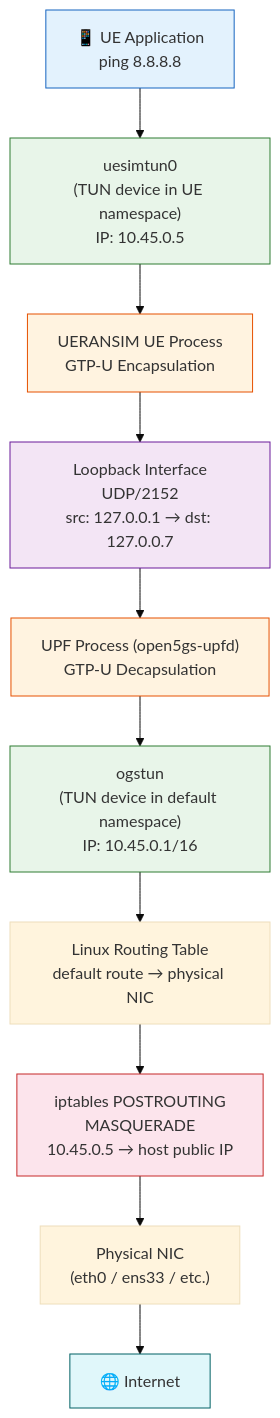
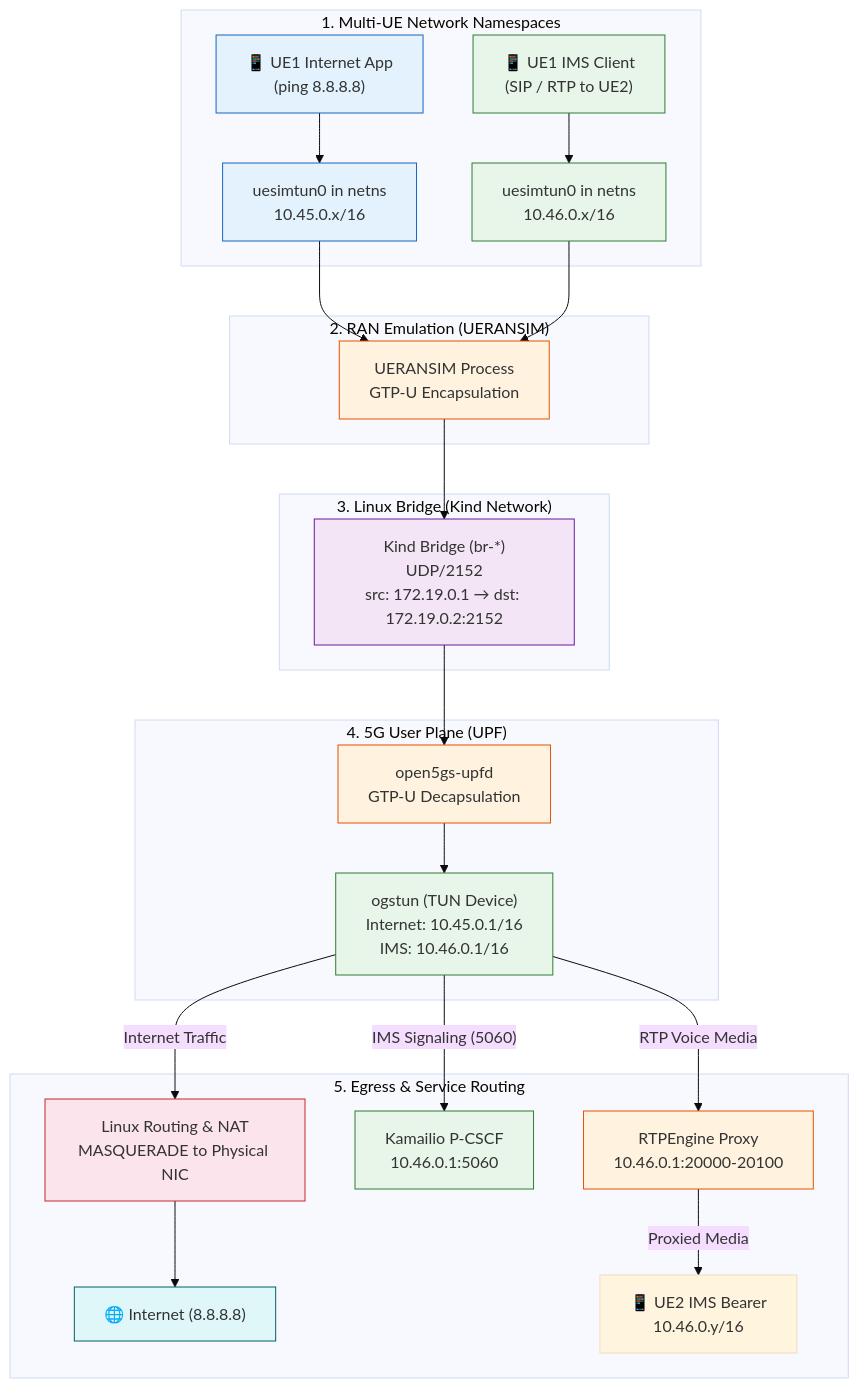
The diagram in docs/engineering-notes/linux-networking-behind-5g.md (khattabpi/Open-Telecom-Lab), drawn with Mermaid (base theme) before and after one commit. The commit also changed other lines of this file and 55 other files, not shown here.

````diff
--- a/docs/engineering-notes/linux-networking-behind-5g.md
+++ b/docs/engineering-notes/linux-networking-behind-5g.md
@@ -15,21 +15,42 @@
 ```mermaid
 graph TD
-    A["📱 UE Application<br/>ping 8.8.8.8"] --> B["uesimtun0<br/>(TUN device in UE namespace)<br/>IP: 10.45.0.5"]
-    B --> C["UERANSIM UE Process<br/>GTP-U Encapsulation"]
-    C --> D["Loopback Interface<br/>UDP/2152<br/>src: 127.0.0.1 → dst: 127.0.0.7"]
-    D --> E["UPF Process (open5gs-upfd)<br/>GTP-U Decapsulation"]
-    E --> F["ogstun<br/>(TUN device in default namespace)<br/>IP: 10.45.0.1/16"]
-    F --> G["Linux Routing Table<br/>default route → physical NIC"]
-    G --> H["iptables POSTROUTING<br/>MASQUERADE<br/>10.45.0.5 → host public IP"]
-    H --> I["Physical NIC<br/>(eth0 / ens33 / etc.)"]
-    I --> J["🌐 Internet"]
+    subgraph UE_LAYER ["1. Multi-UE Network Namespaces"]
+        A1["📱 UE1 Internet App<br/>(ping 8.8.8.8)"] --> B1["uesimtun0 in netns<br/>10.45.0.x/16"]
+        A2["📱 UE1 IMS Client<br/>(SIP / RTP to UE2)"] --> B2["uesimtun0 in netns<br/>10.46.0.x/16"]
+    end
 
-    style A fill:#E3F2FD,stroke:#1565C0
-    style B fill:#E8F5E9,stroke:#2E7D32
+    subgraph RAN_LAYER ["2. RAN Emulation (UERANSIM)"]
+        B1 --> C["UERANSIM Process<br/>GTP-U Encapsulation"]
+        B2 --> C
+    end
+
+    subgraph TRANSPORT ["3. Linux Bridge (Kind Network)"]
+        C --> D["Kind Bridge (br-*)<br/>UDP/2152<br/>src: 172.19.0.1 → dst: 172.19.0.2:2152"]
+    end
+
+    subgraph CORE_LAYER ["4. 5G User Plane (UPF)"]
+        D --> E["open5gs-upfd<br/>GTP-U Decapsulation"]
+        E --> F["ogstun (TUN Device)<br/>Internet: 10.45.0.1/16<br/>IMS: 10.46.0.1/16"]
+    end
+
+    subgraph EGRESS ["5. Egress & Service Routing"]
+        F -->|"Internet Traffic"| G["Linux Routing & NAT<br/>MASQUERADE to Physical NIC"]
+        G --> H["🌐 Internet (8.8.8.8)"]
+        F -->|"IMS Signaling (5060)"| I["Kamailio P-CSCF<br/>10.46.0.1:5060"]
+        F -->|"RTP Voice Media"| J["RTPEngine Proxy<br/>10.46.0.1:20000-20100"]
+        J -->|"Proxied Media"| K["📱 UE2 IMS Bearer<br/>10.46.0.y/16"]
+    end
+
+    style A1 fill:#E3F2FD,stroke:#1565C0
+    style A2 fill:#E8F5E9,stroke:#2E7D32
+    style B1 fill:#E3F2FD,stroke:#1565C0
+    style B2 fill:#E8F5E9,stroke:#2E7D32
     style C fill:#FFF3E0,stroke:#E65100
     style D fill:#F3E5F5,stroke:#6A1B9A
     style E fill:#FFF3E0,stroke:#E65100
     style F fill:#E8F5E9,stroke:#2E7D32
-    style H fill:#FCE4EC,stroke:#C62828
-    style J fill:#E0F7FA,stroke:#006064
+    style G fill:#FCE4EC,stroke:#C62828
+    style H fill:#E0F7FA,stroke:#006064
+    style I fill:#E8F5E9,stroke:#2E7D32
+    style J fill:#FFF3E0,stroke:#E65100
 ```
````
